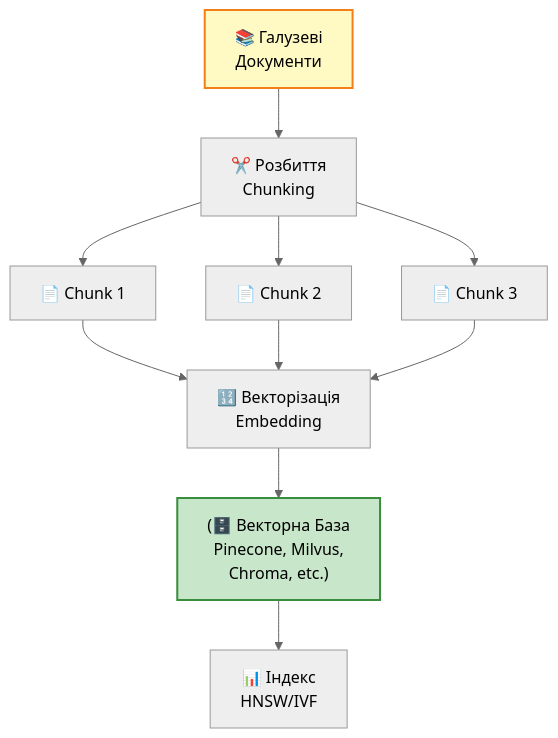
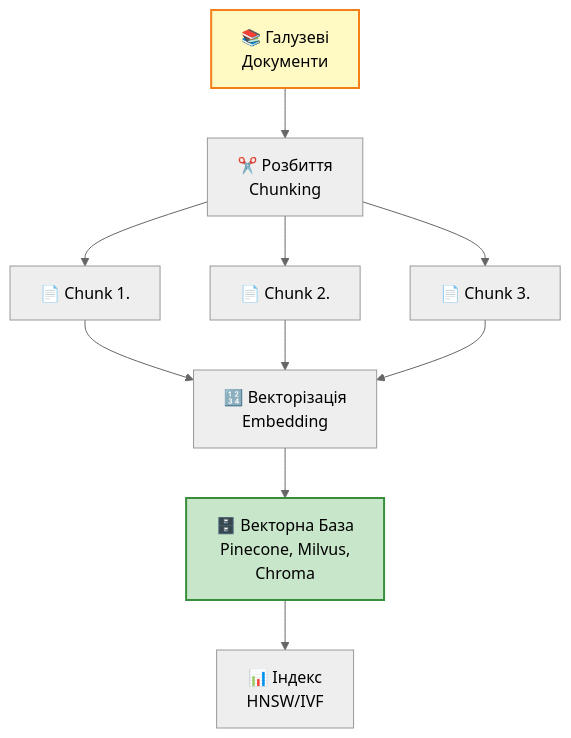
Before and after one commit to bunnybrin/rag-assistant: the diagram in docs/mermeid/indexing_phase.mermaid, drawn with Mermaid. The commit also changed 4 other files, not shown here.

Commit message:
- Refined graph labels in `indexing_phase.mermaid` for consistency. - Added new diagrams: `reranker.mermaid`, `arc.mermaid`, `tech.mermaid`, and `tech1.mermaid`.

```diff
--- a/docs/mermeid/indexing_phase.mermaid
+++ b/docs/mermeid/indexing_phase.mermaid
@@ -1,18 +1,18 @@
 ---
 config:
   theme: 'neutral'
 ---
 
 graph TB
 A["📚 Галузеві<br/>Документи"] --> B["✂️ Розбиття<br/>Chunking"]
-B --> C1["📄 Chunk 1"]
-B --> C2["📄 Chunk 2"]
-B --> C3["📄 Chunk 3"]
+B --> C1["📄 Chunk 1."]
+B --> C2["📄 Chunk 2."]
+B --> C3["📄 Chunk 3."]
 C1 --> D["🔢 Векторізація<br/>Embedding"]
 C2 --> D
 C3 --> D
-D --> F["(🗄️ Векторна База<br/>Pinecone, Milvus,<br/>Chroma, etc.)"]
+D --> F["🗄️ Векторна База<br/>Pinecone, Milvus,<br/>Chroma"]
 F --> G["📊 Індекс<br/>HNSW/IVF"]
 
 style A fill:#fff9c4,stroke:#f57f17,stroke-width:2px
 style F fill:#c8e6c9,stroke:#388e3c,stroke-width:2px
```
